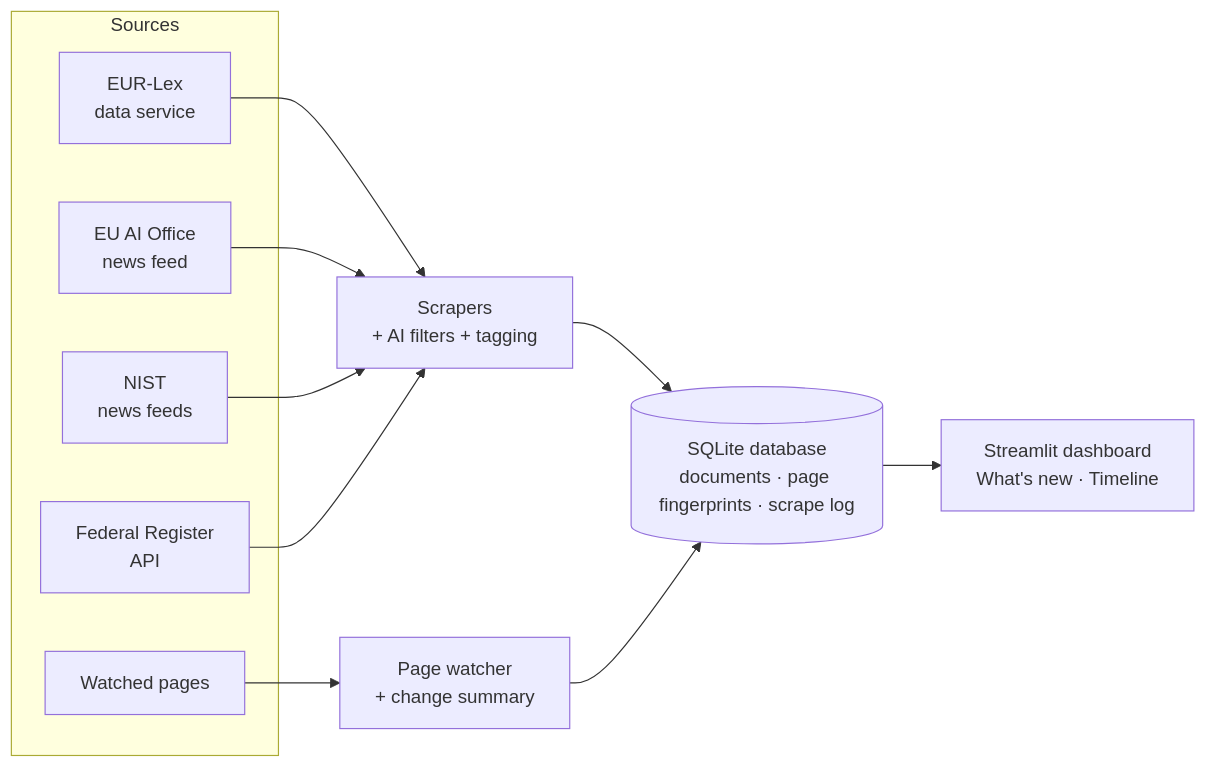
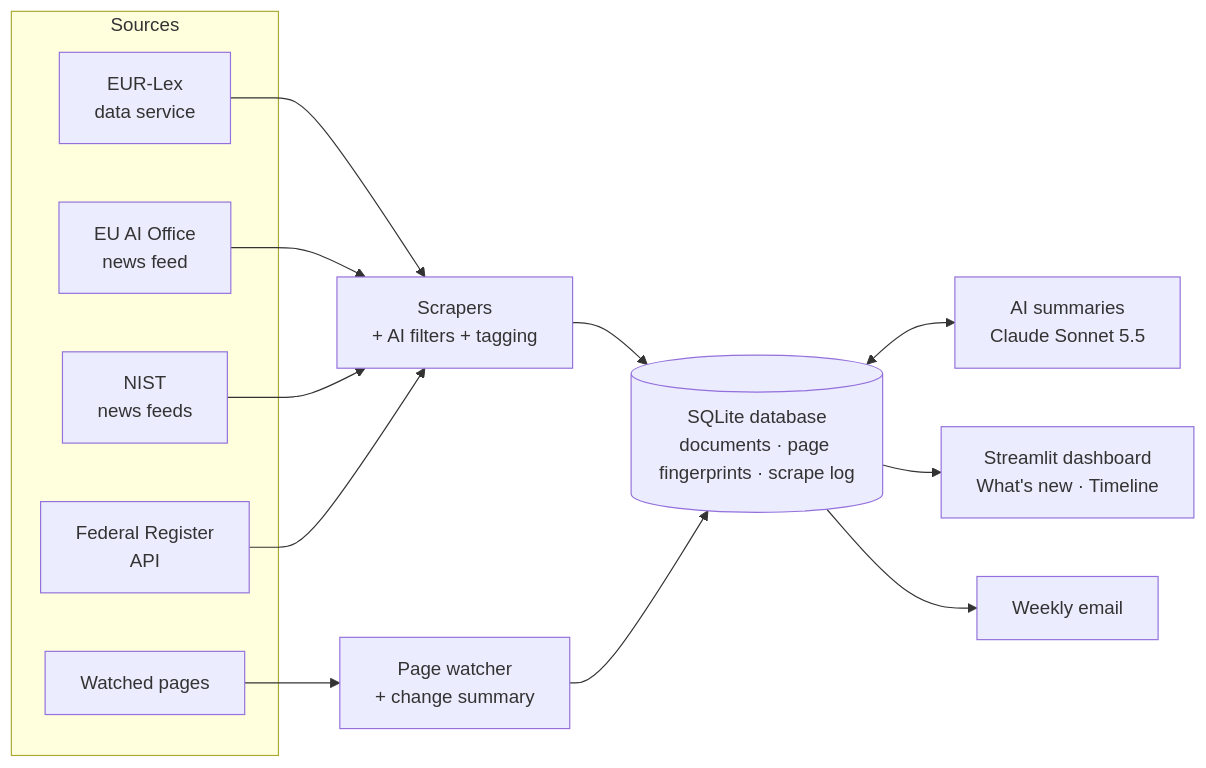
The diagram in README.md (Omar-A-Abaza/regulation_tracker), drawn with Mermaid before and after one commit. The commit also changed other lines of this file and 15 other files, not shown here.

````diff
--- a/README.md
+++ b/README.md
@@ -62,14 +64,16 @@
 ```mermaid
 flowchart LR
     subgraph Sources
         A[EUR-Lex<br/>data service]
         B[EU AI Office<br/>news feed]
         C[NIST<br/>news feeds]
         D[Federal Register<br/>API]
         E[Watched pages]
     end
     A & B & C & D --> S[Scrapers<br/>+ AI filters + tagging]
     E --> W[Page watcher<br/>+ change summary]
     S & W --> DB[(SQLite database<br/>documents · page fingerprints · scrape log)]
+    DB <--> AI[AI summaries<br/>Claude Sonnet 5.5]
     DB --> UI[Streamlit dashboard<br/>What's new · Timeline]
+    DB --> M[Weekly email]
 ```
````
